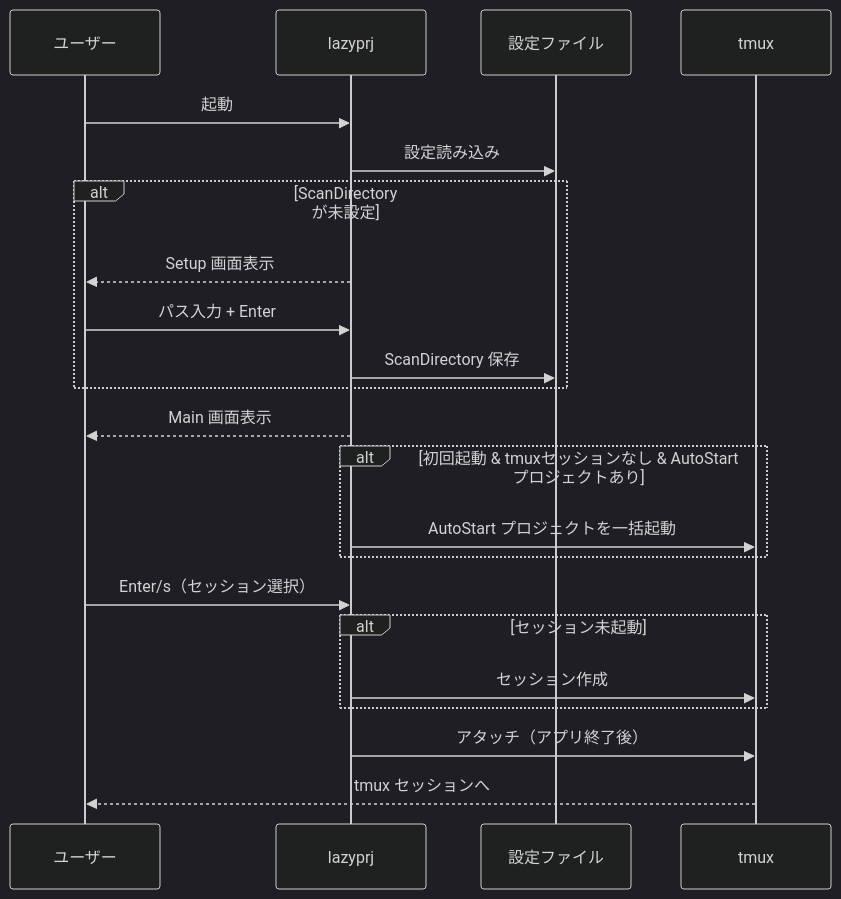
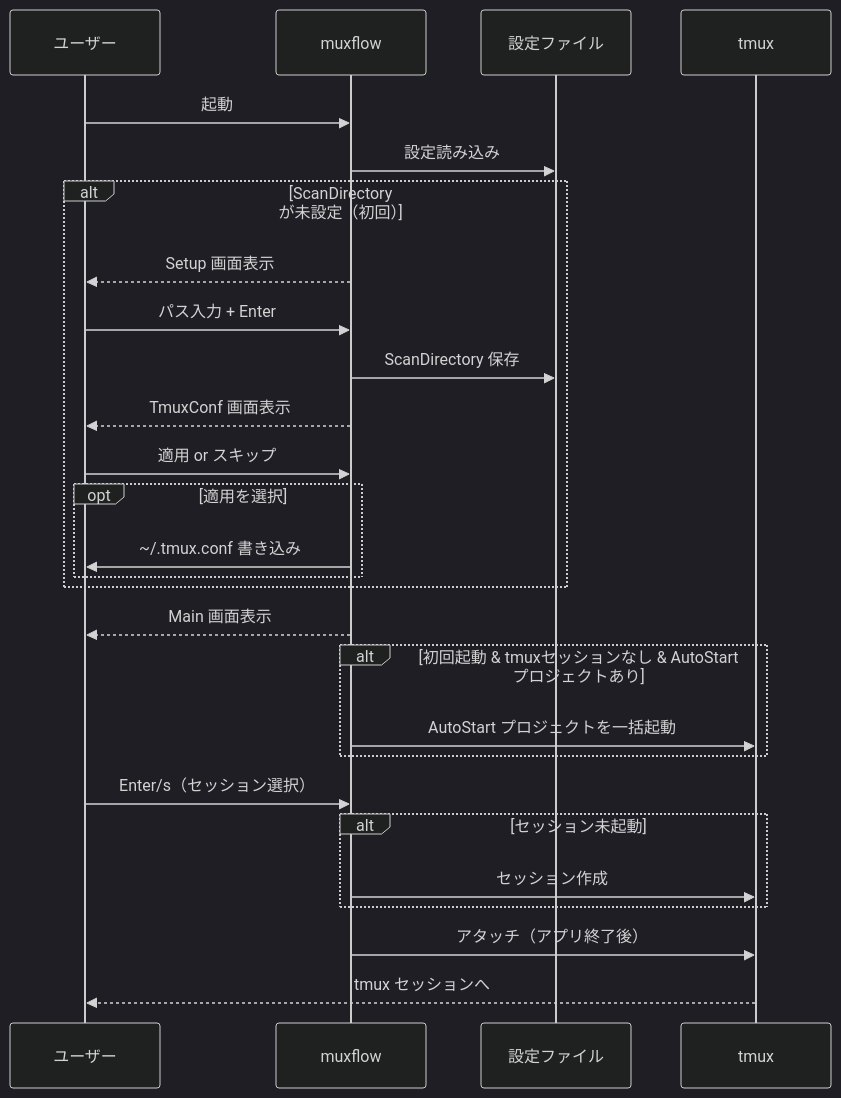
One commit to masaway/muxflow changed the ninth of 9 diagrams in documents/screen-flow.md. Above: the diagram before and after it, drawn with Mermaid (dark theme). The commit also changed other lines of this file and 4 other files, not shown here.

````diff
--- a/documents/screen-flow.md
+++ b/documents/screen-flow.md
@@ -156,25 +193,30 @@
 ```mermaid
 sequenceDiagram
     participant User as ユーザー
-    participant App as lazyprj
+    participant App as muxflow
     participant Config as 設定ファイル
     participant Tmux as tmux
 
     User->>App: 起動
     App->>Config: 設定読み込み
-    alt ScanDirectory が未設定
+    alt ScanDirectory が未設定（初回）
         App-->>User: Setup 画面表示
         User->>App: パス入力 + Enter
         App->>Config: ScanDirectory 保存
+        App-->>User: TmuxConf 画面表示
+        User->>App: 適用 or スキップ
+        opt 適用を選択
+            App->>User: ~/.tmux.conf 書き込み
+        end
     end
     App-->>User: Main 画面表示
     alt 初回起動 & tmuxセッションなし & AutoStart プロジェクトあり
         App->>Tmux: AutoStart プロジェクトを一括起動
     end
     User->>App: Enter/s（セッション選択）
     alt セッション未起動
         App->>Tmux: セッション作成
     end
     App->>Tmux: アタッチ（アプリ終了後）
     Tmux-->>User: tmux セッションへ
 ```
````
